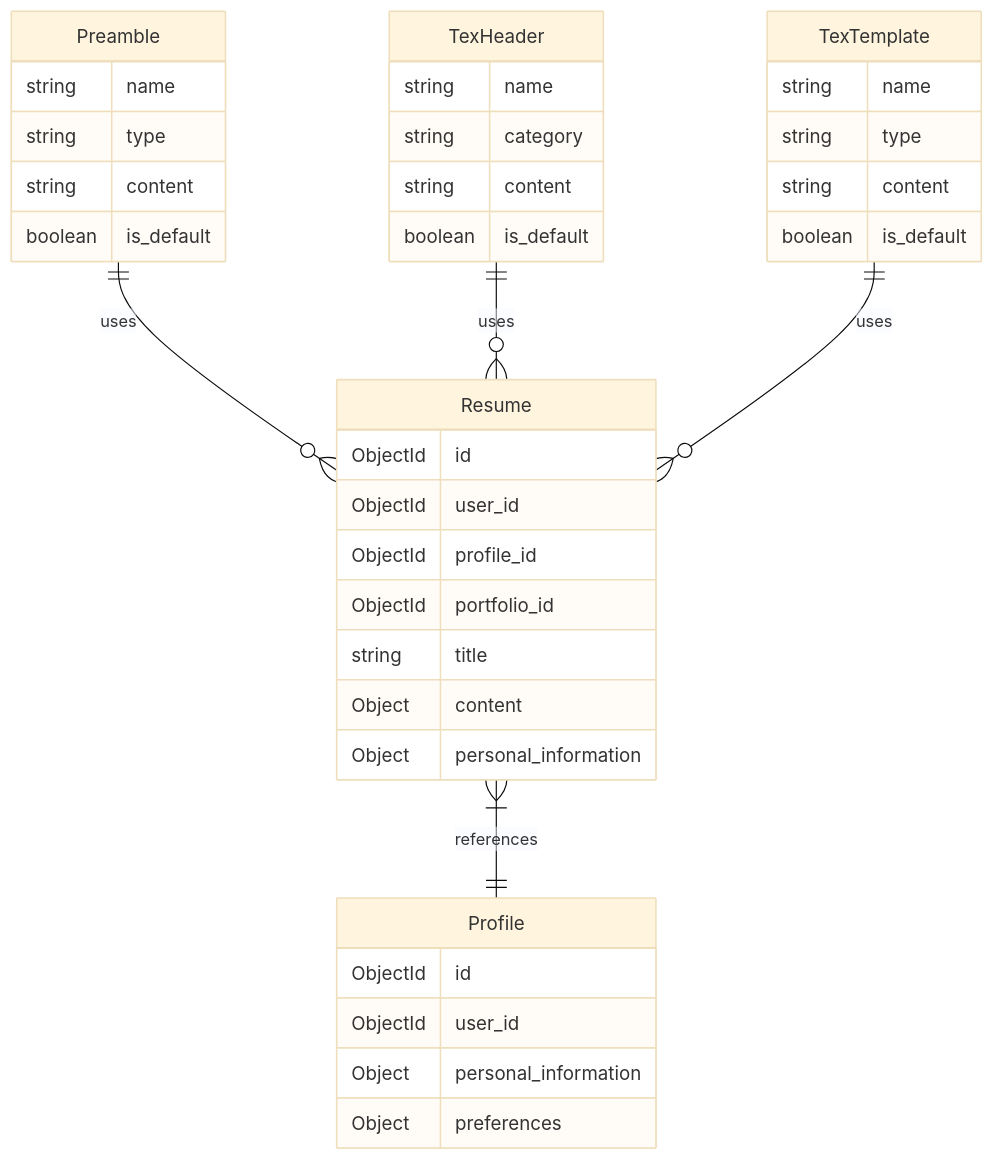
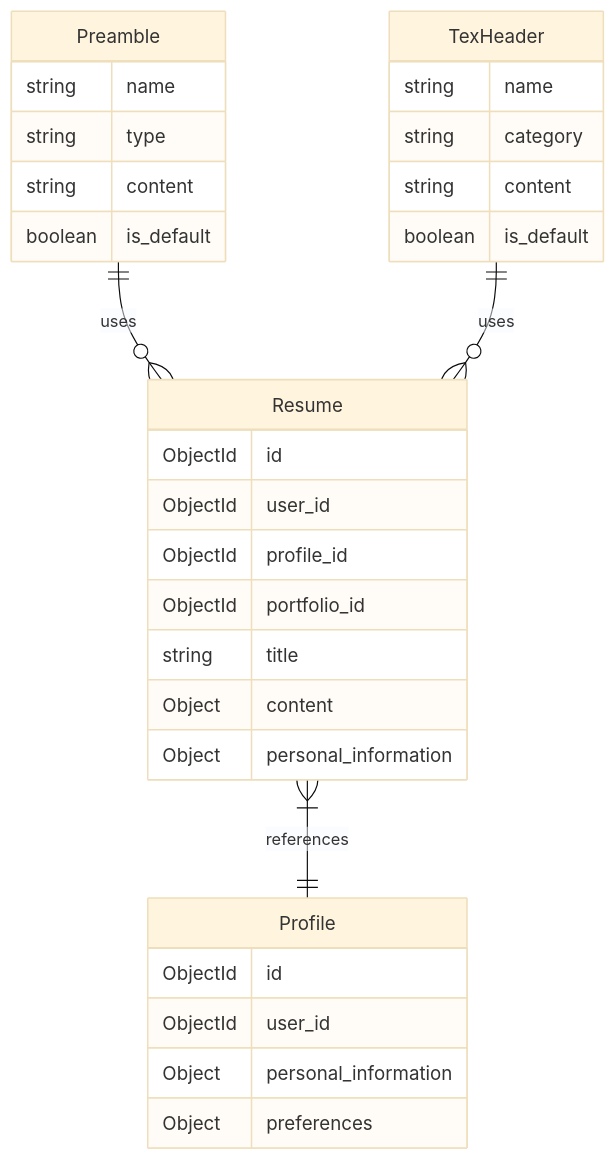
The sixth of 8 diagrams in design/latex_generation_flow.md (mujakayadan/yarba-backend), drawn with Mermaid (base theme) before and after one commit. The commit also changed 37 other files, not shown here.

````diff
--- a/design/latex_generation_flow.md
+++ b/design/latex_generation_flow.md
@@ -177,45 +177,38 @@
 ```mermaid
 erDiagram
     Preamble {
         string name
         string type
         string content
         boolean is_default
     }
 
     TexHeader {
         string name
         string category
         string content
         boolean is_default
     }
 
-    TexTemplate {
-        string name
-        string type
-        string content
-        boolean is_default
-    }
 
     Resume {
         ObjectId id
         ObjectId user_id
         ObjectId profile_id
         ObjectId portfolio_id
         string title
         Object content
         Object personal_information
     }
 
     Profile {
         ObjectId id
         ObjectId user_id
         Object personal_information
         Object preferences
     }
 
     Preamble ||--o{ Resume : uses
     TexHeader ||--o{ Resume : uses
-    TexTemplate ||--o{ Resume : uses
     Resume }|--|| Profile : references
 ```
````
